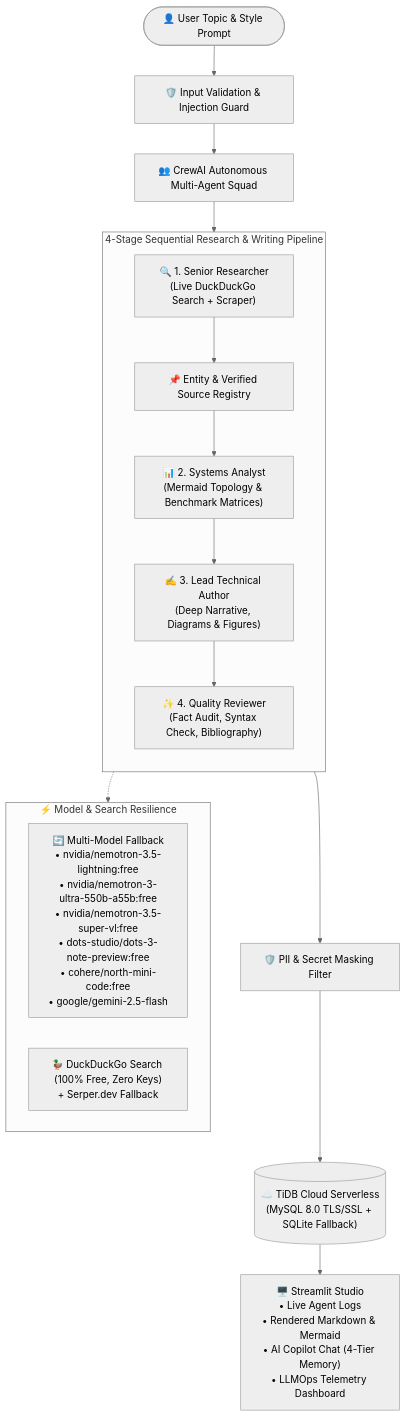
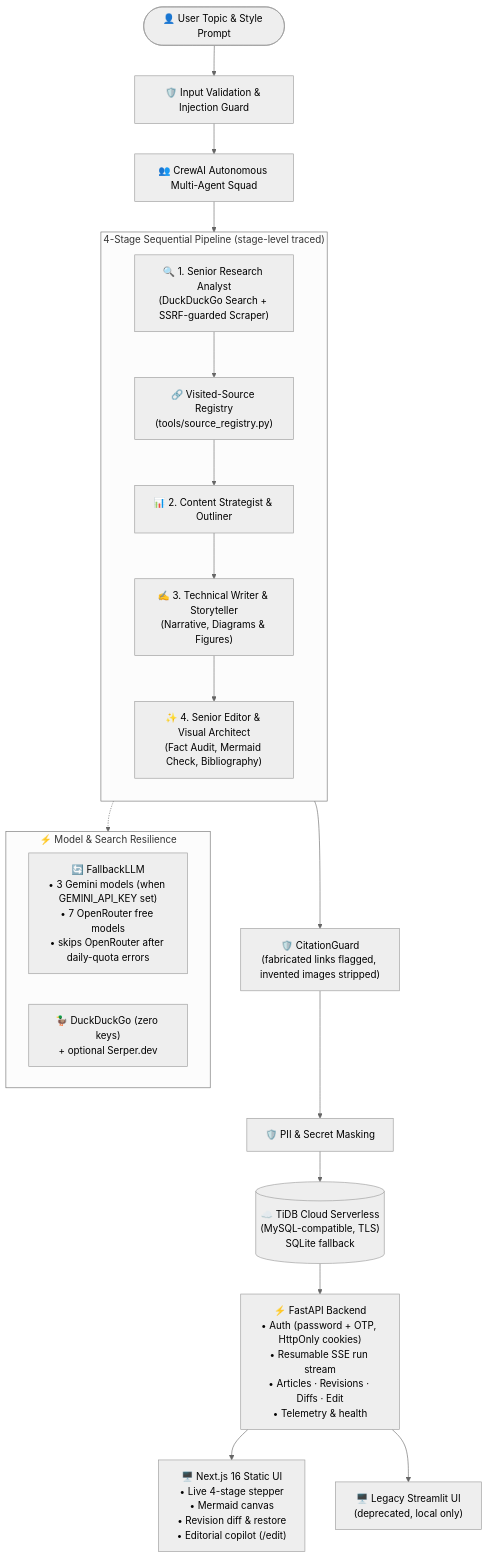
The diagram in README.md (Arjit005/research-and-blog-writer), drawn with Mermaid (neutral theme) before and after one commit. The commit also changed other lines of this file and 74 other files, not shown here.

Commit message:
fix(prod): resolve CORS cross-origin rejection, mermaid_split import, parallel execution, and Gemini quota failover with settings UI

````diff
--- a/README.md
+++ b/README.md
@@ -34,29 +37,32 @@
 ```mermaid
 flowchart TD
     User(["👤 User Topic & Style Prompt"]) --> Guard["🛡️ Input Validation & Injection Guard"]
     Guard --> Crew["👥 CrewAI Autonomous Multi-Agent Squad"]
 
-    subgraph Crew_Pipeline["4-Stage Sequential Research & Writing Pipeline"]
+    subgraph Crew_Pipeline["4-Stage Sequential Pipeline (stage-level traced)"]
         direction TB
-        Agent1["🔍 1. Senior Researcher\n(Live DuckDuckGo Search + Scraper)"]
-        Registry["📌 Entity & Verified Source Registry"]
-        Agent2["📊 2. Systems Analyst\n(Mermaid Topology & Benchmark Matrices)"]
-        Agent3["✍️ 3. Lead Technical Author\n(Deep Narrative, Diagrams & Figures)"]
-        Agent4["✨ 4. Quality Reviewer\n(Fact Audit, Syntax Check, Bibliography)"]
+        Agent1["🔍 1. Senior Research Analyst\n(DuckDuckGo Search + SSRF-guarded Scraper)"]
+        Registry["🔗 Visited-Source Registry\n(tools/source_registry.py)"]
+        Agent2["📊 2. Content Strategist & Outliner"]
+        Agent3["✍️ 3. Technical Writer & Storyteller\n(Narrative, Diagrams & Figures)"]
+        Agent4["✨ 4. Senior Editor & Visual Architect\n(Fact Audit, Mermaid Check, Bibliography)"]
 
         Agent1 --> Registry --> Agent2 --> Agent3 --> Agent4
     end
 
     Crew --> Crew_Pipeline
-    Agent4 --> SecuritySanitize["🛡️ PII & Secret Masking Filter"]
-    SecuritySanitize --> TiDB[("☁️ TiDB Cloud Serverless\n(MySQL 8.0 TLS/SSL + SQLite Fallback)")]
+    Agent4 --> CitationGuard["🛡️ CitationGuard\n(fabricated links flagged, invented images stripped)"]
+    CitationGuard --> PII["🛡️ PII & Secret Masking"]
+    PII --> DB[("☁️ TiDB Cloud Serverless\n(MySQL-compatible, TLS)\nSQLite fallback")]
 
-    TiDB --> UI["🖥️ Streamlit Studio\n• Live Agent Logs\n• Rendered Markdown & Mermaid\n• AI Copilot Chat (4-Tier Memory)\n• LLMOps Telemetry Dashboard"]
+    DB --> API["⚡ FastAPI Backend\n• Auth (password + OTP, HttpOnly cookies)\n• Resumable SSE run stream\n• Articles · Revisions · Diffs · Edit\n• Telemetry & health"]
+    API --> Web["🖥️ Next.js 16 Static UI\n• Live 4-stage stepper\n• Mermaid canvas\n• Revision diff & restore\n• Editorial copilot (/edit)"]
+    API --> Legacy["🖥️ Legacy Streamlit UI\n(deprecated, local only)"]
 
     subgraph Resilience["⚡ Model & Search Resilience"]
-        LLMFallback["🔄 Multi-Model Fallback\n• nvidia/nemotron-3.5-lightning:free\n• nvidia/nemotron-3-ultra-550b-a55b:free\n• nvidia/nemotron-3.5-super-vl:free\n• dots-studio/dots-3-note-preview:free\n• cohere/north-mini-code:free\n• google/gemini-2.5-flash"]
-        FreeSearch["🦆 DuckDuckGo Search (100% Free, Zero Keys)\n+ Serper.dev Fallback"]
+        LLMFallback["🔄 FallbackLLM\n• 3 Gemini models (when GEMINI_API_KEY set)\n• 7 OpenRouter free models\n• skips OpenRouter after daily-quota errors"]
+        FreeSearch["🦆 DuckDuckGo (zero keys)\n+ optional Serper.dev"]
     end
 
     Crew_Pipeline -.-> Resilience
 ```
````
